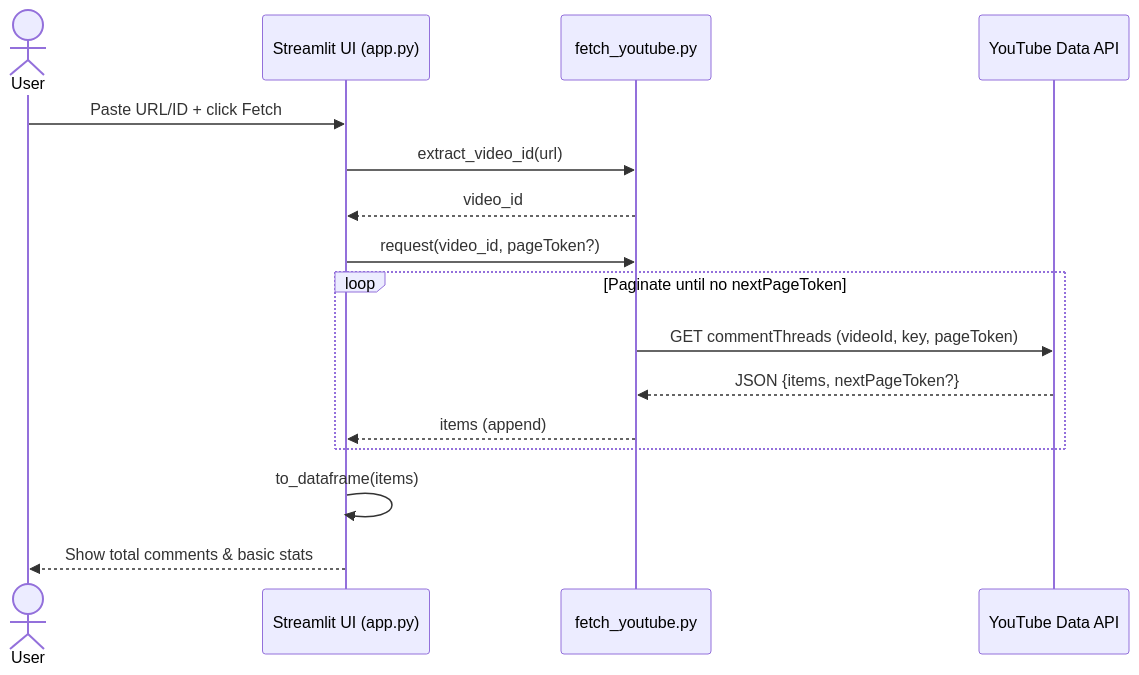
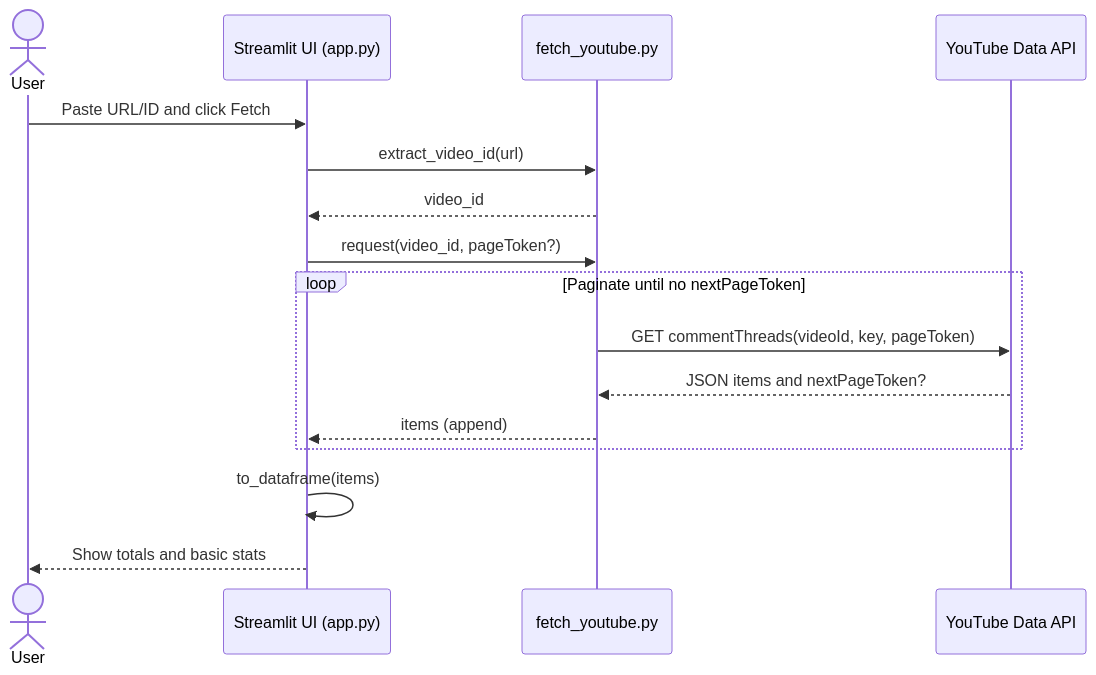
The fourth of 8 diagrams in README.md (scornsaber/Comment_Analyzer), drawn with Mermaid before and after one commit. The commit also changed other lines of this file, not shown here.

````diff
--- a/README.md
+++ b/README.md
@@ -61,19 +63,19 @@
 ```mermaid
 sequenceDiagram
     actor User
     participant UI as Streamlit UI (app.py)
     participant FY as fetch_youtube.py
     participant GAPI as YouTube Data API
 
-    User->>UI: Paste URL/ID + click Fetch
+    User->>UI: Paste URL/ID and click Fetch
     UI->>FY: extract_video_id(url)
     FY-->>UI: video_id
     UI->>FY: request(video_id, pageToken?)
     loop Paginate until no nextPageToken
-        FY->>GAPI: GET commentThreads (videoId, key, pageToken)
-        GAPI-->>FY: JSON {items, nextPageToken?}
+        FY->>GAPI: GET commentThreads(videoId, key, pageToken)
+        GAPI-->>FY: JSON items and nextPageToken?
         FY-->>UI: items (append)
     end
     UI->>UI: to_dataframe(items)
-    UI-->>User: Show total comments & basic stats
+    UI-->>User: Show totals and basic stats
 ```
````
